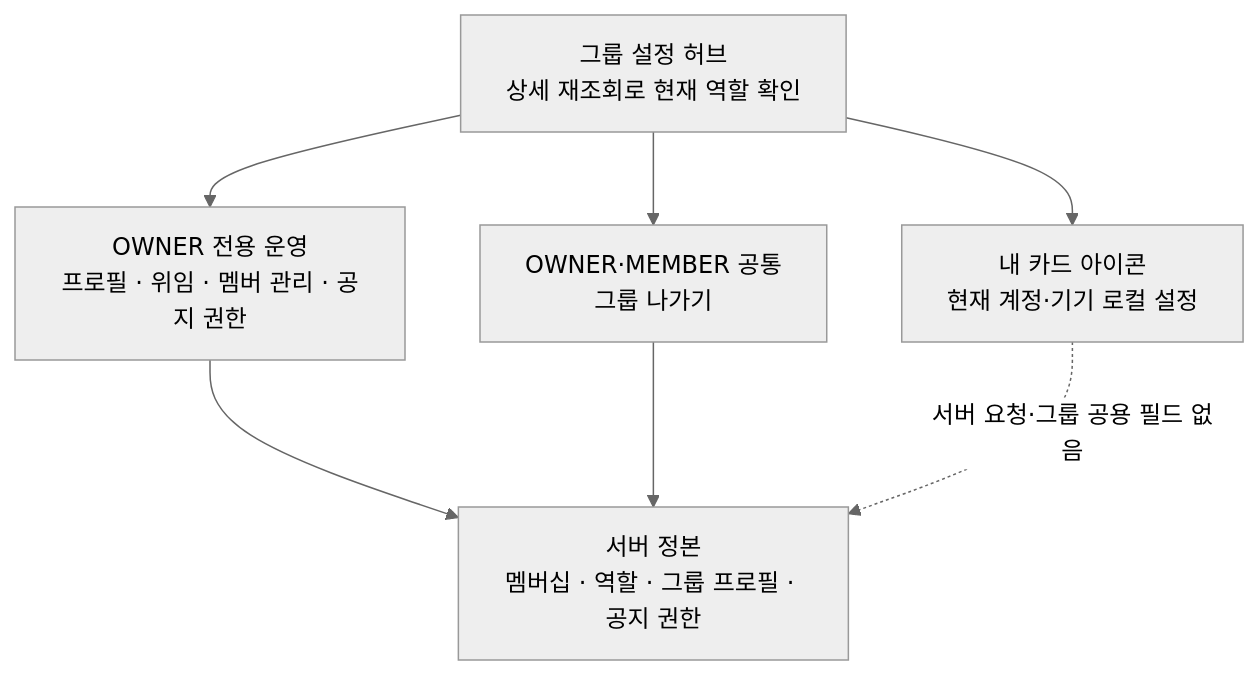
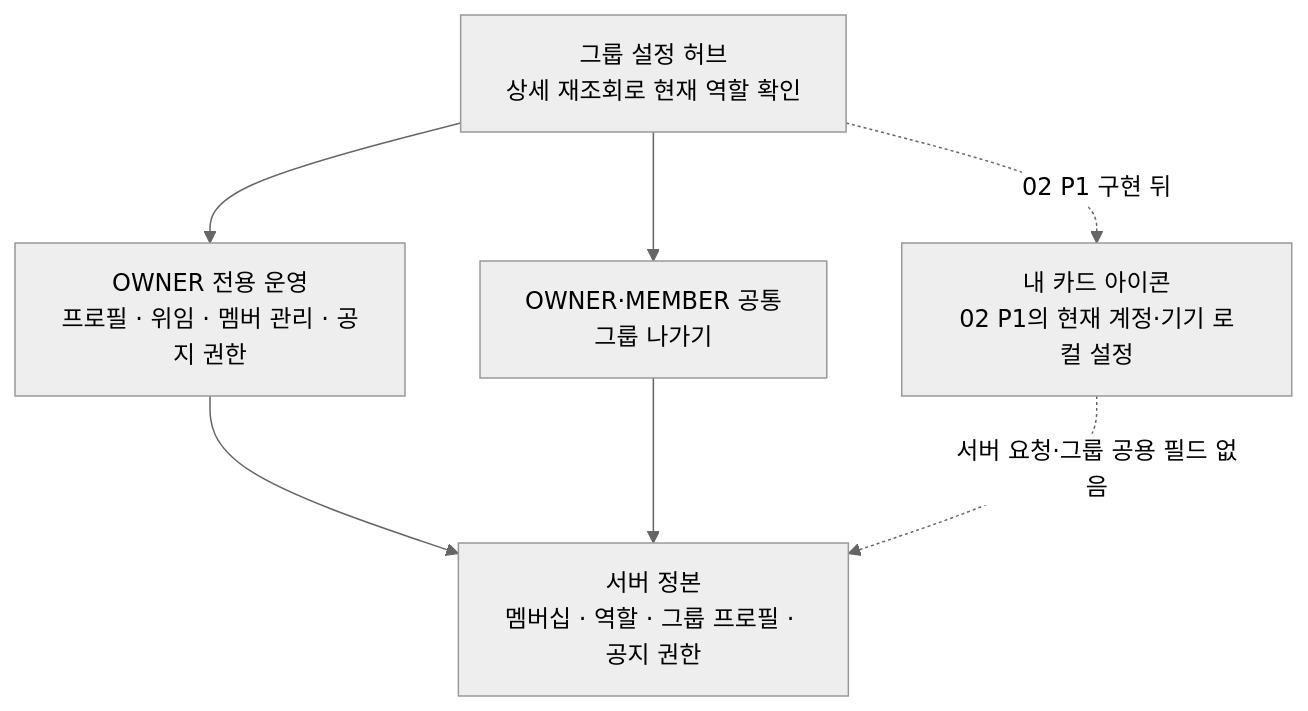
Before and after one commit to OneOrThree/phone: the first of 3 diagrams in docs/prd/group/features/04-operation/high-level-design.md, drawn with Mermaid (neutral theme). The commit also changed other lines of this file and 14 other files, not shown here.

````diff
--- a/docs/prd/group/features/04-operation/high-level-design.md
+++ b/docs/prd/group/features/04-operation/high-level-design.md
@@ -14,15 +14,15 @@
 ```mermaid
 flowchart TB
     Hub["그룹 설정 허브\n상세 재조회로 현재 역할 확인"]
-    Local["내 카드 아이콘\n현재 계정·기기 로컬 설정"]
+    Local["내 카드 아이콘\n02 P1의 현재 계정·기기 로컬 설정"]
     Owner["OWNER 전용 운영\n프로필 · 위임 · 멤버 관리 · 공지 권한"]
     Leave["OWNER·MEMBER 공통\n그룹 나가기"]
     Server["서버 정본\n멤버십 · 역할 · 그룹 프로필 · 공지 권한"]
 
-    Hub --> Local
+    Hub -.->|"02 P1 구현 뒤"| Local
     Hub --> Owner
     Hub --> Leave
     Owner --> Server
     Leave --> Server
     Local -.->|"서버 요청·그룹 공용 필드 없음"| Server
 ```
````
